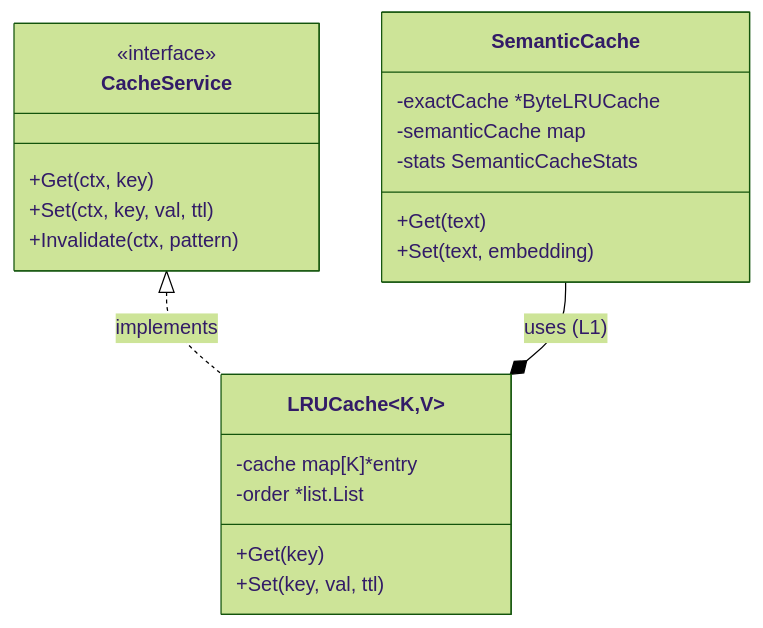
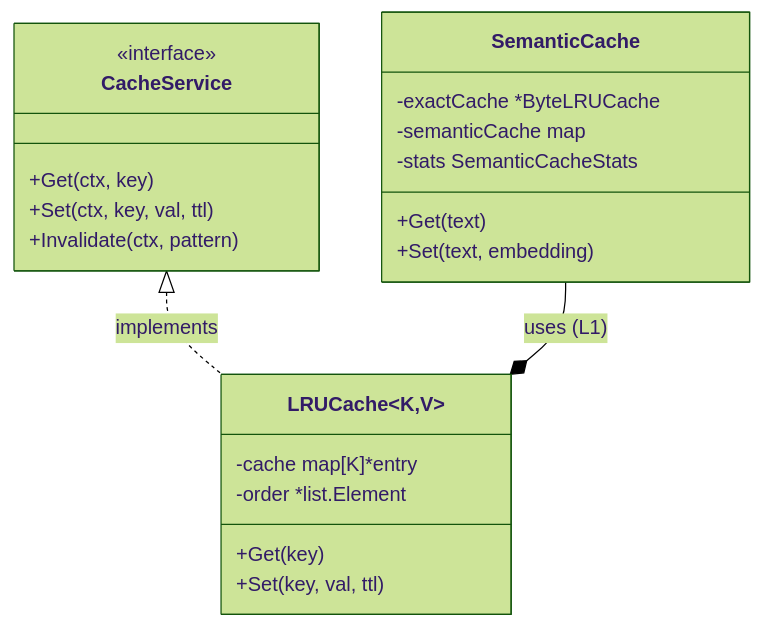
The first of 2 diagrams in ai/cache/README.md (88lin/divinesense), drawn with Mermaid (forest theme) before and after one commit. The commit also changed other lines of this file and 27 other files, not shown here.

````diff
--- a/ai/cache/README.md
+++ b/ai/cache/README.md
@@ -7,24 +7,24 @@
 ```mermaid
 classDiagram
     class CacheService {
         <<interface>>
         +Get(ctx, key)
         +Set(ctx, key, val, ttl)
         +Invalidate(ctx, pattern)
     }
     class LRUCache~K,V~ {
         -cache map[K]*entry
-        -order *list.List
+        -order *list.Element
         +Get(key)
         +Set(key, val, ttl)
     }
     class SemanticCache {
         -exactCache *ByteLRUCache
         -semanticCache map
         -stats SemanticCacheStats
         +Get(text)
         +Set(text, embedding)
     }
     CacheService <|.. LRUCache : implements
     SemanticCache --* LRUCache : uses (L1)
 ```
````
